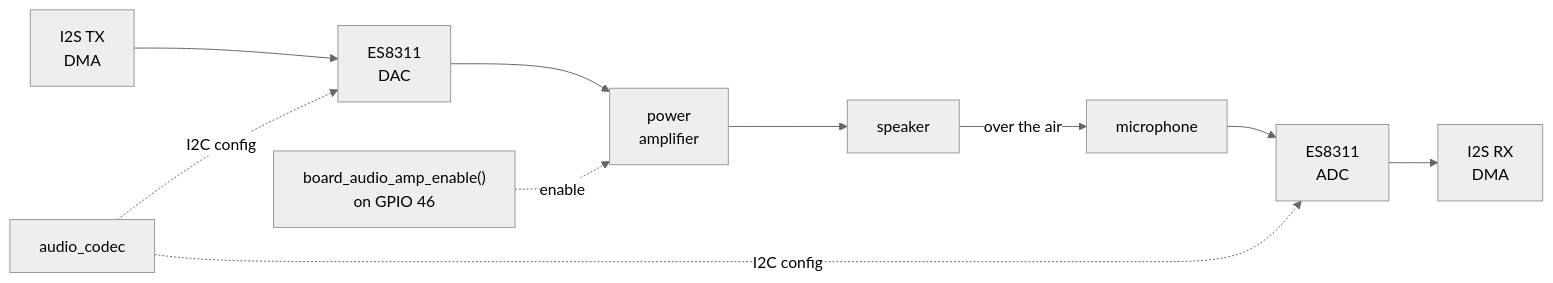
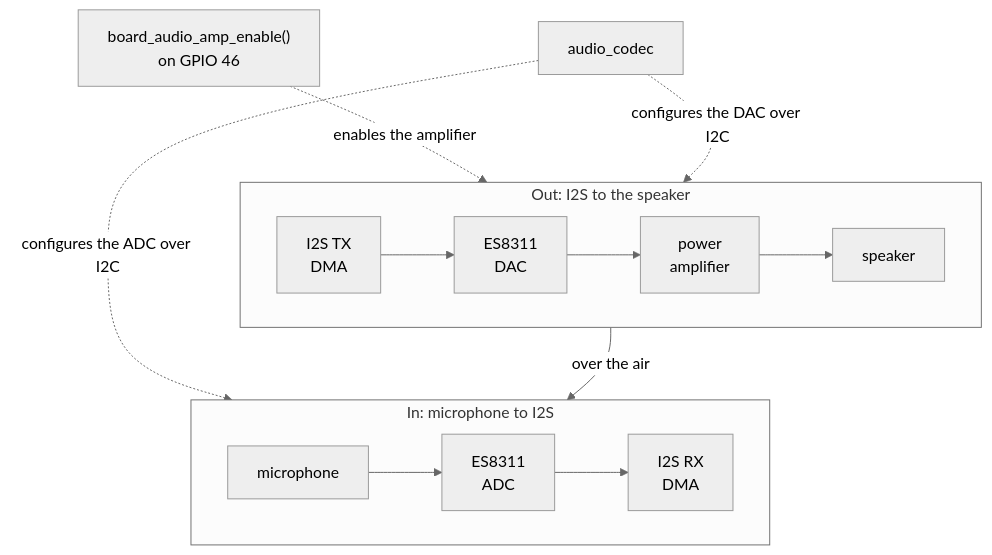
One commit to jose-villegas/autana changed the second of 2 diagrams in docs/audio/Audio-Path.md. Above: the diagram before and after it, drawn with Mermaid (neutral theme).

Commit message:
docs: fold the audio signal path into two rows (autana-cvt.4)
The loopback signal path was one 5.6:1 strip, too wide for the page; it
is now an output row above an input row, each control line naming what it
drives.

````diff
--- a/docs/audio/Audio-Path.md
+++ b/docs/audio/Audio-Path.md
@@ -39,10 +39,15 @@
 ```mermaid
-flowchart LR
-    Tx["I2S TX<br/>DMA"] --> Dac["ES8311<br/>DAC"]
-    Dac --> Amp["power<br/>amplifier"] --> Speaker["speaker"]
-    Speaker -->|over the air| Mic["microphone"]
-    Mic --> Adc["ES8311<br/>ADC"] --> Rx["I2S RX<br/>DMA"]
-    Enable["board_audio_amp_enable()<br/>on GPIO 46"] -. enable .-> Amp
-    Codec["audio_codec"] -. I2C config .-> Dac
-    Codec -. I2C config .-> Adc
+flowchart TB
+    subgraph Play["Out: I2S to the speaker"]
+        direction LR
+        Tx["I2S TX<br/>DMA"] --> Dac["ES8311<br/>DAC"] --> Amp["power<br/>amplifier"] --> Speaker["speaker"]
+    end
+    subgraph Capture["In: microphone to I2S"]
+        direction LR
+        Mic["microphone"] --> Adc["ES8311<br/>ADC"] --> Rx["I2S RX<br/>DMA"]
+    end
+    Speaker -->|over the air| Mic
+    Enable["board_audio_amp_enable()<br/>on GPIO 46"] -. enables the amplifier .-> Amp
+    Codec["audio_codec"] -. configures the DAC over I2C .-> Dac
+    Codec -. configures the ADC over I2C .-> Adc
 ```
````
